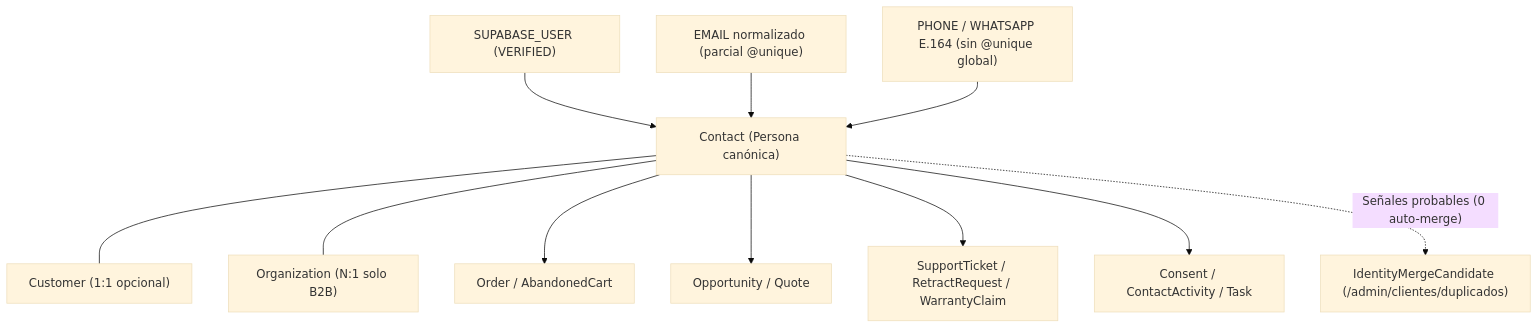
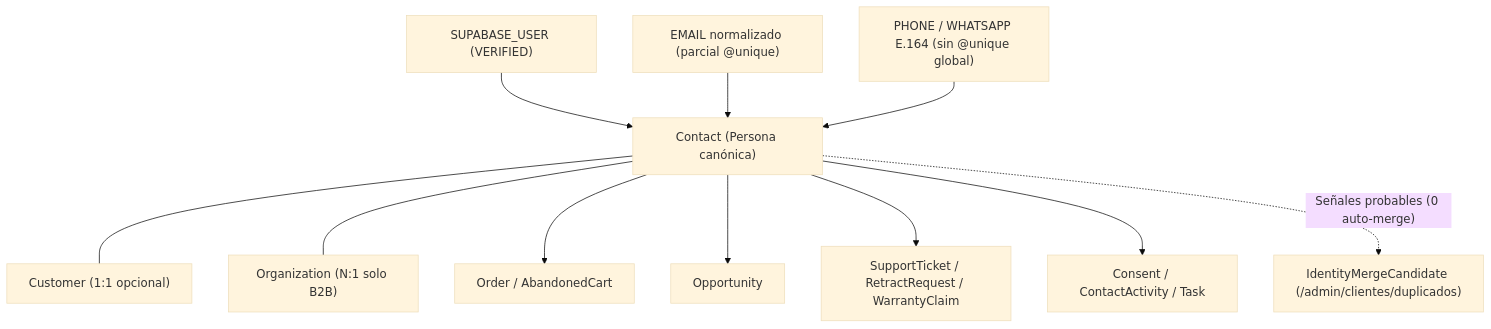
One commit to jullieth93/lucams changed the first of 2 diagrams in docs/domains/crm-b2b-and-loyalty.md. Above: the diagram before and after it, drawn with Mermaid (base theme). The commit also changed other lines of this file and 274 other files, not shown here.

Commit message:
feat!: remove legacy individual quote flow

````diff
--- a/docs/domains/crm-b2b-and-loyalty.md
+++ b/docs/domains/crm-b2b-and-loyalty.md
@@ -11,13 +11,13 @@
 ```mermaid
 flowchart TD
   SU["SUPABASE_USER (VERIFIED)"] --> C["Contact (Persona canónica)"]
   EM["EMAIL normalizado (parcial @unique)"] --> C
   PH["PHONE / WHATSAPP E.164 (sin @unique global)"] --> C
   C --- CU["Customer (1:1 opcional)"]
   C --- ORG["Organization (N:1 solo B2B)"]
   C --> ORD["Order / AbandonedCart"]
-  C --> B2B["Opportunity / Quote"]
+  C --> B2B["Opportunity"]
   C --> POS["SupportTicket / RetractRequest / WarrantyClaim"]
   C --> CON["Consent / ContactActivity / Task"]
   C -.->|"Señales probables (0 auto-merge)"| IMC["IdentityMergeCandidate (/admin/clientes/duplicados)"]
 ```
````
